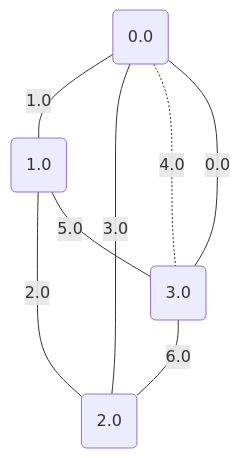
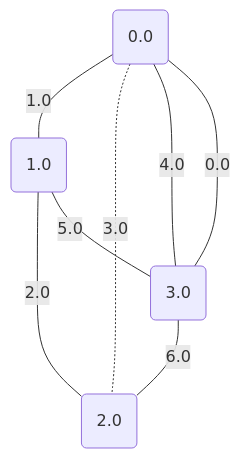
Before and after one commit to metury/graphs: the second of 5 diagrams in project/src/testing/minCut.md, drawn with Mermaid. The commit also changed other lines of this file and 3 other files, not shown here.

````diff
--- a/project/src/testing/minCut.md
+++ b/project/src/testing/minCut.md
@@ -32,14 +32,14 @@
 ```mermaid
 graph TD;
 0("0.0");
 1("1.0");
 2("2.0");
 3("3.0");
 	3 -- "0.0" --- 0;
 	0 -- "1.0" --- 1;
 	1 -- "2.0" --- 2;
-	0 -- "3.0" --- 2;
-	0 -. "4.0" -.- 3;
+	0 -. "3.0" -.- 2;
+	0 -- "4.0" --- 3;
 	1 -- "5.0" --- 3;
 	3 -- "6.0" --- 2;
 ```
````
